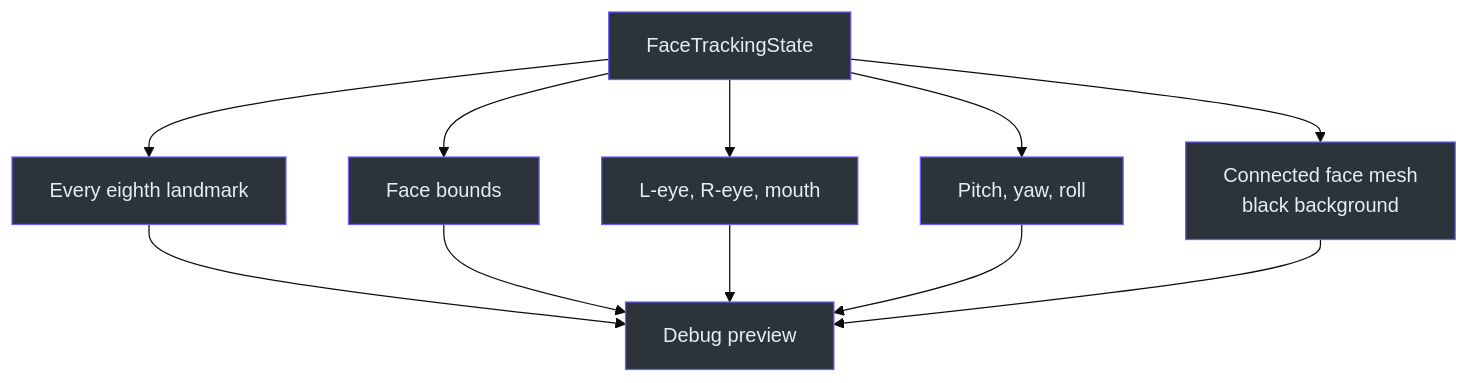
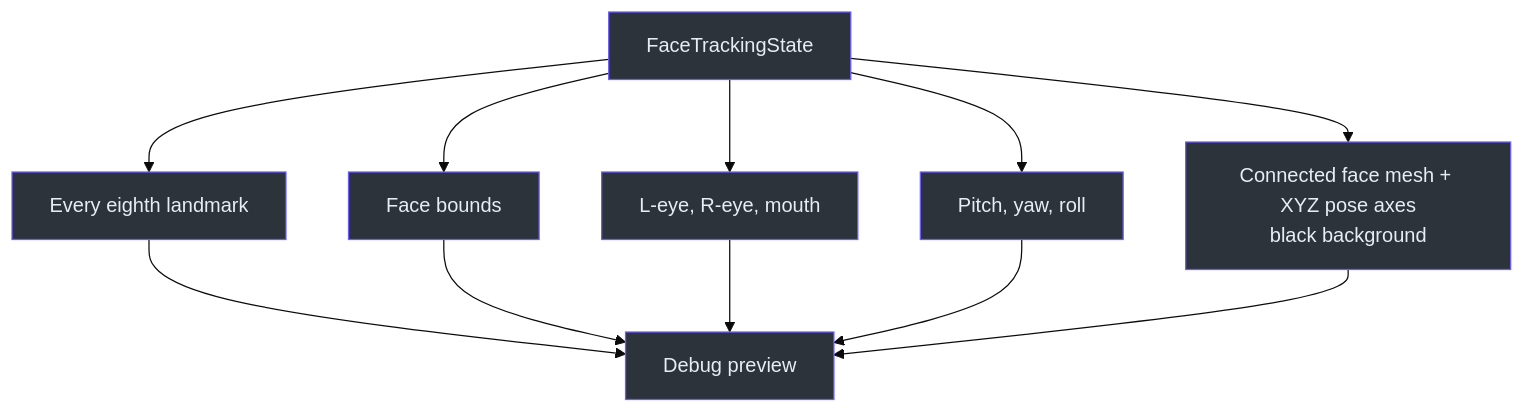
Before and after one commit to Zanark/KardboardCode-VTuber: the first of 2 diagrams in docs/06-face-tracking/live-debugging-and-validation.md, drawn with Mermaid (base theme). The commit also changed other lines of this file and 5 other files, not shown here.

First line of the commit message:
Enlarge shell and add pose axes

````diff
--- a/docs/06-face-tracking/live-debugging-and-validation.md
+++ b/docs/06-face-tracking/live-debugging-and-validation.md
@@ -24,20 +26,20 @@
 ```mermaid
 flowchart TD
     State["FaceTrackingState"] --> Sparse["Every eighth landmark"]
     State --> Bounds["Face bounds"]
     State --> Expression["L-eye, R-eye, mouth"]
     State --> Pose["Pitch, yaw, roll"]
-    State --> Inset["Connected face mesh<br>black background"]
+    State --> Inset["Connected face mesh + XYZ pose axes<br>black background"]
     Sparse --> Preview["Debug preview"]
     Bounds --> Preview
     Expression --> Preview
     Pose --> Preview
     Inset --> Preview
     style State fill:#2d333b,stroke:#6d5dfc,color:#e6edf3
     style Sparse fill:#2d333b,stroke:#6d5dfc,color:#e6edf3
     style Bounds fill:#2d333b,stroke:#6d5dfc,color:#e6edf3
     style Expression fill:#2d333b,stroke:#6d5dfc,color:#e6edf3
     style Pose fill:#2d333b,stroke:#6d5dfc,color:#e6edf3
     style Inset fill:#2d333b,stroke:#6d5dfc,color:#e6edf3
     style Preview fill:#2d333b,stroke:#6d5dfc,color:#e6edf3
 ```
````
